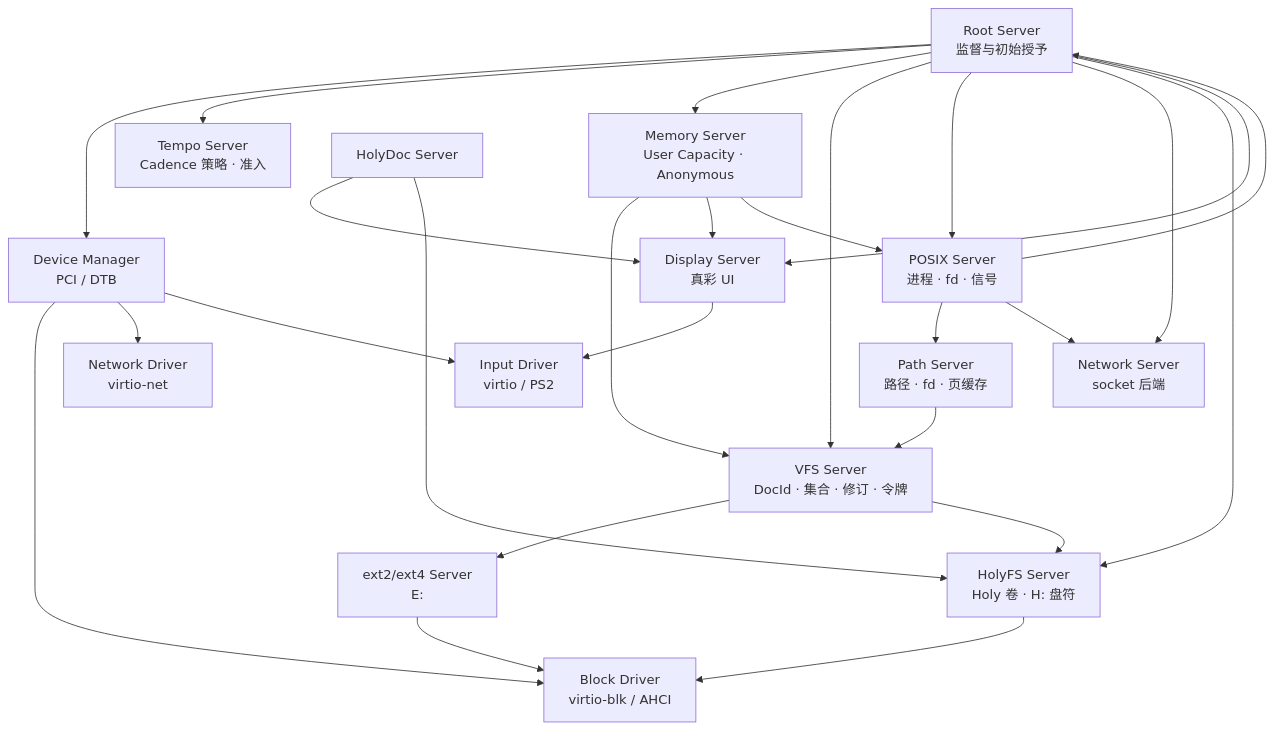
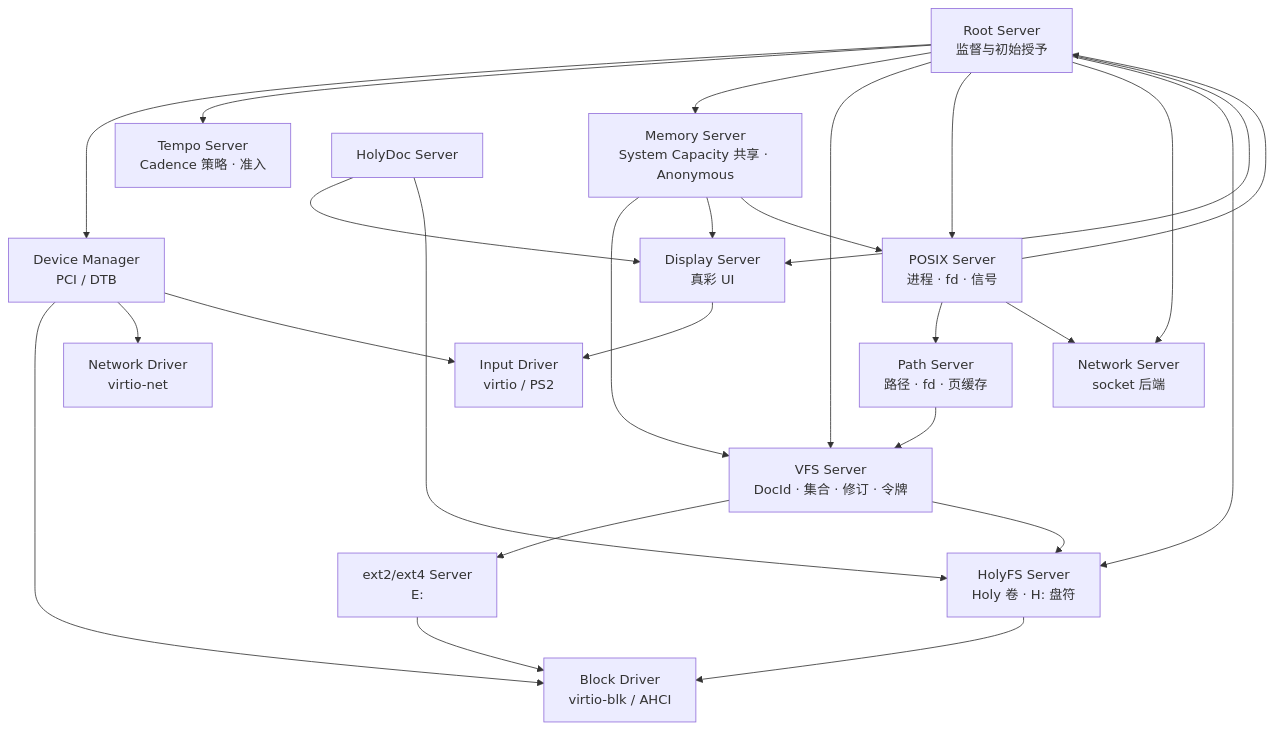
Before and after one commit to hongweifei/HolyKernel: the first of 2 diagrams in docs/servers.md, drawn with Mermaid. The commit also changed other lines of this file and 6 other files, not shown here.

First line of the commit message:
docs: 统一 Memory Server 的 System Capacity 共享视图

````diff
--- a/docs/servers.md
+++ b/docs/servers.md
@@ -11,44 +11,44 @@
 ```mermaid
 flowchart TB
     Root["Root Server<br/>监督与初始授予"]
     Tempo["Tempo Server<br/>Cadence 策略 · 准入"]
-    Mem["Memory Server<br/>User Capacity · Anonymous"]
+    Mem["Memory Server<br/>System Capacity 共享 · Anonymous"]
     DM["Device Manager<br/>PCI / DTB"]
     Blk["Block Driver<br/>virtio-blk / AHCI"]
     Net["Network Driver<br/>virtio-net"]
     Input["Input Driver<br/>virtio / PS2"]
     VFS["VFS Server<br/>DocId · 集合 · 修订 · 令牌"]
     Path["Path Server<br/>路径 · fd · 页缓存"]
     Ext2["ext2/ext4 Server<br/>E:"]
     POSIX["POSIX Server<br/>进程 · fd · 信号"]
     NetSrv["Network Server<br/>socket 后端"]
     HolyFS["HolyFS Server<br/>Holy 卷 · H: 盘符"]
     Display["Display Server<br/>真彩 UI"]
     HolyDoc["HolyDoc Server"]
 
     Root --> DM
     Root --> Tempo
     Root --> Mem
     Mem --> VFS
     Mem --> Display
     Mem --> POSIX
     Root --> VFS
     Root --> POSIX
     Root --> NetSrv
     Root --> HolyFS
     Root --> Display
     DM --> Blk
     DM --> Net
     DM --> Input
     Path --> VFS
     VFS --> Ext2
     VFS --> HolyFS
     Ext2 --> Blk
     HolyFS --> Blk
     POSIX --> Path
     POSIX --> NetSrv
     POSIX --> Root
     Display --> Input
     HolyDoc --> Display
     HolyDoc --> HolyFS
 ```
````
